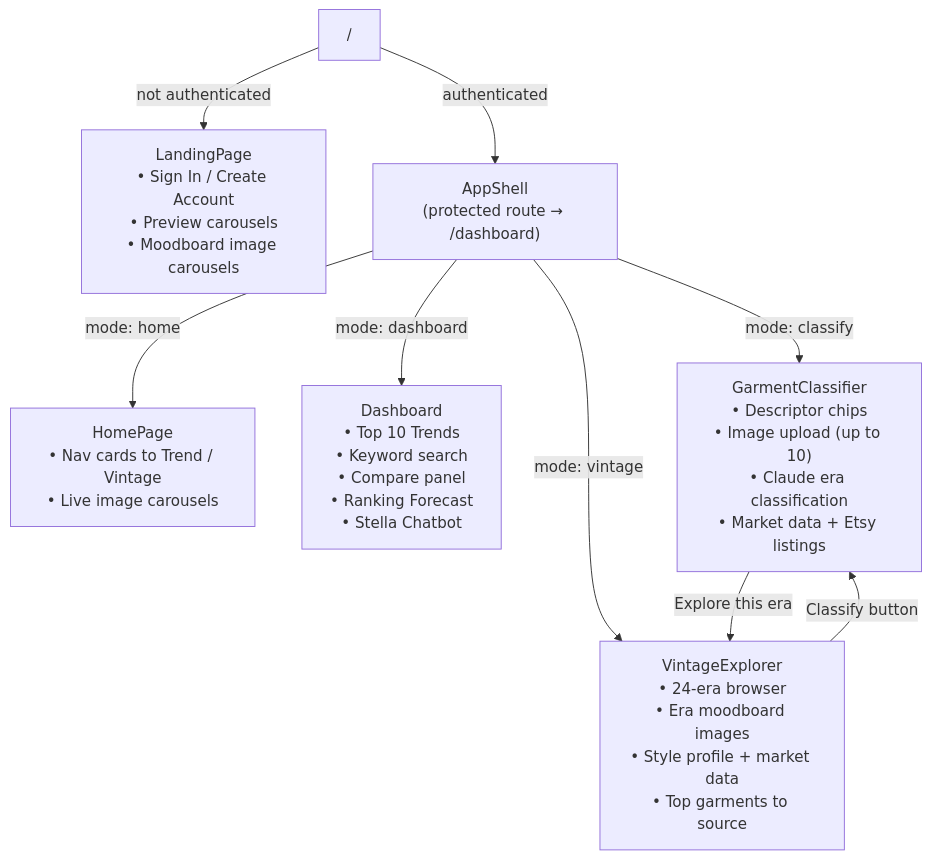
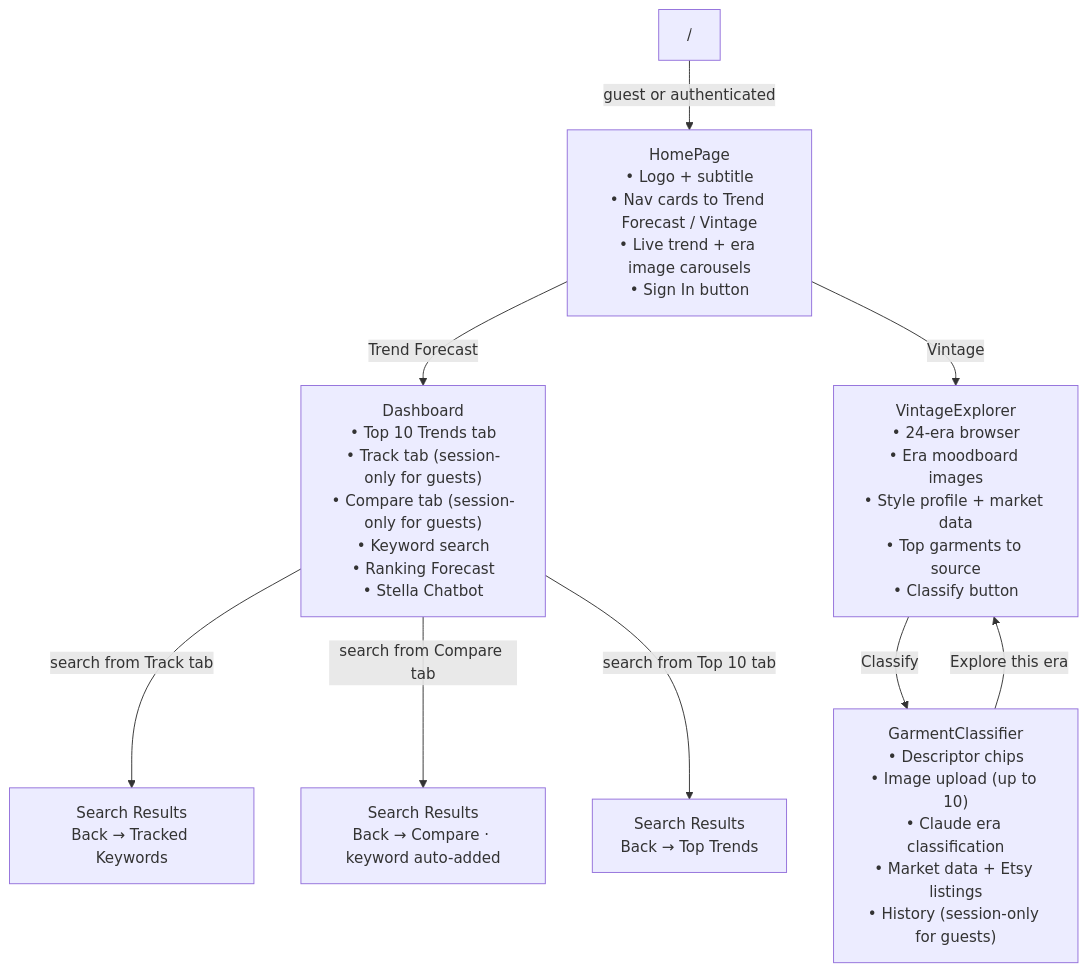
One commit to britbrat0/fashion_resale_app changed the second of 6 diagrams in docs/CREATE/SYSTEM.md. Above: the diagram before and after it, drawn with Mermaid. The commit also changed other lines of this file and 29 other files, not shown here.

````diff
--- a/docs/CREATE/SYSTEM.md
+++ b/docs/CREATE/SYSTEM.md
@@ -53,13 +55,13 @@
 ```mermaid
 flowchart TD
-    Root["/"] -->|not authenticated| Landing["LandingPage\n• Sign In / Create Account\n• Preview carousels\n• Moodboard image carousels"]
-    Root -->|authenticated| Shell["AppShell\n(protected route → /dashboard)"]
+    Root["/"] -->|guest or authenticated| Home["HomePage\n• Logo + subtitle\n• Nav cards to Trend Forecast / Vintage\n• Live trend + era image carousels\n• Sign In button"]
 
-    Shell -->|mode: home| Home["HomePage\n• Nav cards to Trend / Vintage\n• Live image carousels"]
-    Shell -->|mode: dashboard| Dashboard["Dashboard\n• Top 10 Trends\n• Keyword search\n• Compare panel\n• Ranking Forecast\n• Stella Chatbot"]
-    Shell -->|mode: classify| Classify["GarmentClassifier\n• Descriptor chips\n• Image upload (up to 10)\n• Claude era classification\n• Market data + Etsy listings"]
-    Shell -->|mode: vintage| Vintage["VintageExplorer\n• 24-era browser\n• Era moodboard images\n• Style profile + market data\n• Top garments to source"]
+    Home -->|Trend Forecast| Dashboard["Dashboard\n• Top 10 Trends tab\n• Track tab (session-only for guests)\n• Compare tab (session-only for guests)\n• Keyword search\n• Ranking Forecast\n• Stella Chatbot"]
+    Home -->|Vintage| Vintage["VintageExplorer\n• 24-era browser\n• Era moodboard images\n• Style profile + market data\n• Top garments to source\n• Classify button"]
+    Vintage -->|Classify| Classify["GarmentClassifier\n• Descriptor chips\n• Image upload (up to 10)\n• Claude era classification\n• Market data + Etsy listings\n• History (session-only for guests)"]
+    Classify -->|Explore this era| Vintage
 
-    Classify -->|Explore this era| Vintage
-    Vintage -->|Classify button| Classify
+    Dashboard -->|search from Track tab| SearchTrack["Search Results\nBack → Tracked Keywords"]
+    Dashboard -->|search from Compare tab| SearchCompare["Search Results\nBack → Compare · keyword auto-added"]
+    Dashboard -->|search from Top 10 tab| SearchTop["Search Results\nBack → Top Trends"]
 ```
````
